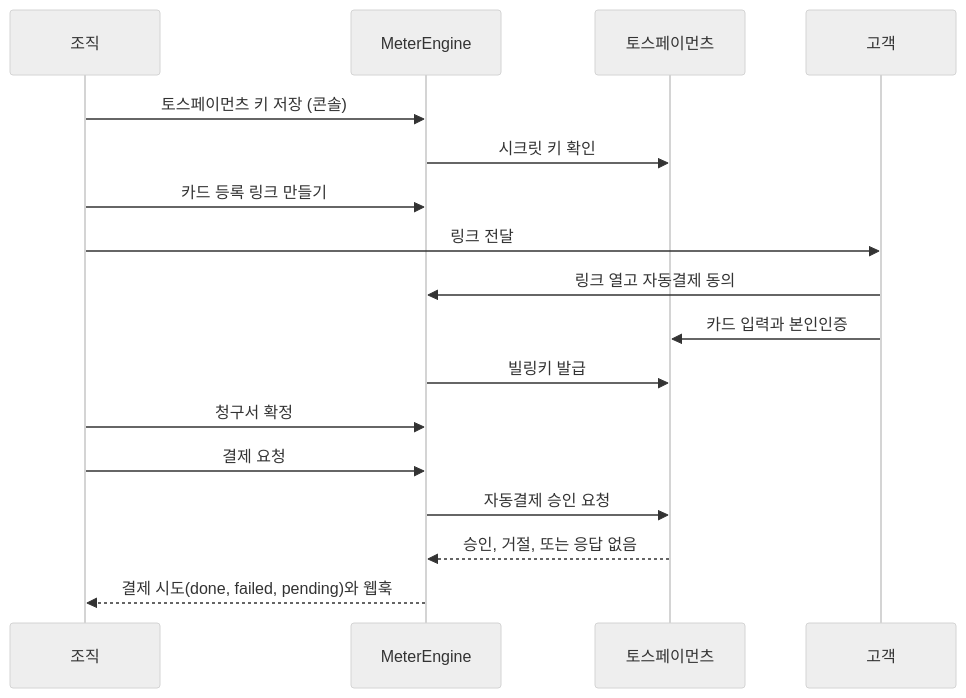
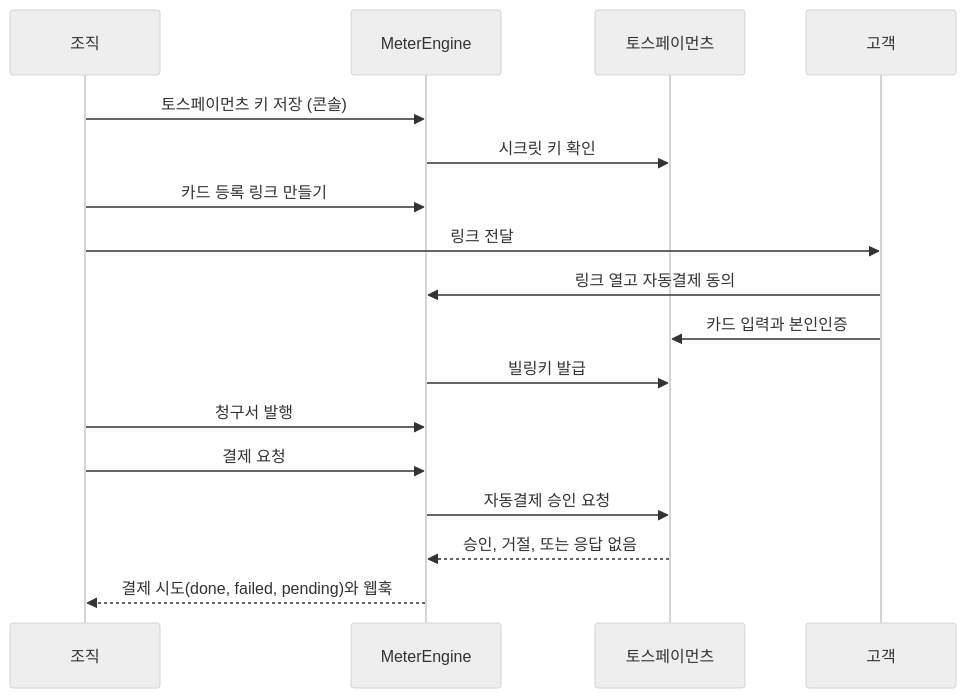
Before and after one commit to asm17-ms2/meterengine: the diagram in guide/payments/overview.mdx, drawn with Mermaid (neutral theme). The commit also changed other lines of this file and 83 other files, not shown here.

````diff
--- a/guide/payments/overview.mdx
+++ b/guide/payments/overview.mdx
@@ -38,19 +38,19 @@
 ```mermaid
 sequenceDiagram
     participant D as 조직
     participant M as MeterEngine
     participant T as 토스페이먼츠
     participant C as 고객
     D->>M: 토스페이먼츠 키 저장 (콘솔)
     M->>T: 시크릿 키 확인
     D->>M: 카드 등록 링크 만들기
     D->>C: 링크 전달
     C->>M: 링크 열고 자동결제 동의
     C->>T: 카드 입력과 본인인증
     M->>T: 빌링키 발급
-    D->>M: 청구서 확정
+    D->>M: 청구서 발행
     D->>M: 결제 요청
     M->>T: 자동결제 승인 요청
     T-->>M: 승인, 거절, 또는 응답 없음
     M-->>D: 결제 시도(done, failed, pending)와 웹훅
 ```
````
